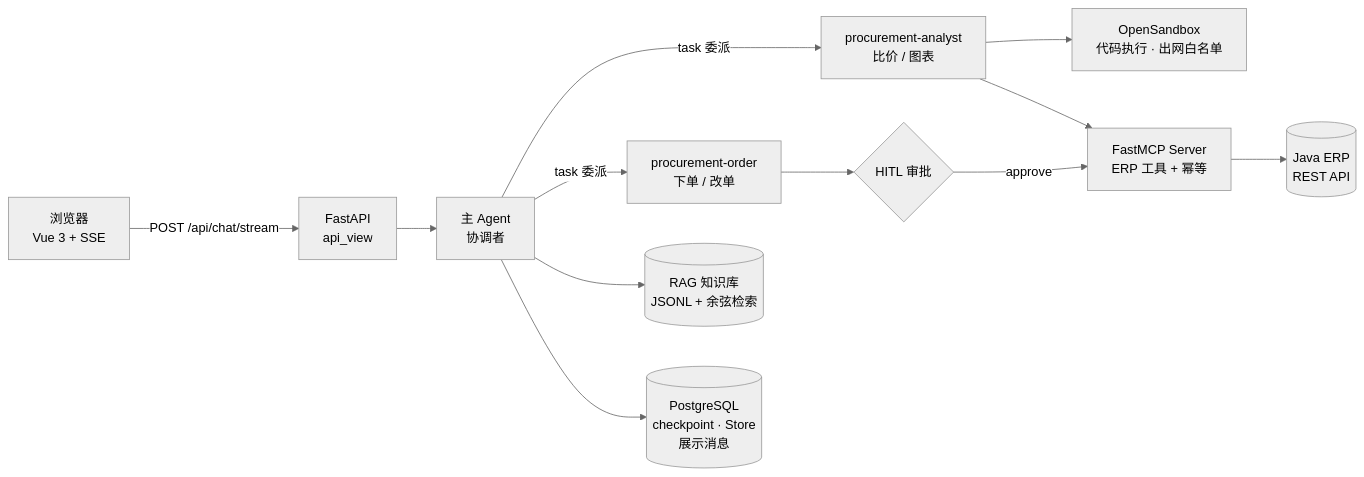
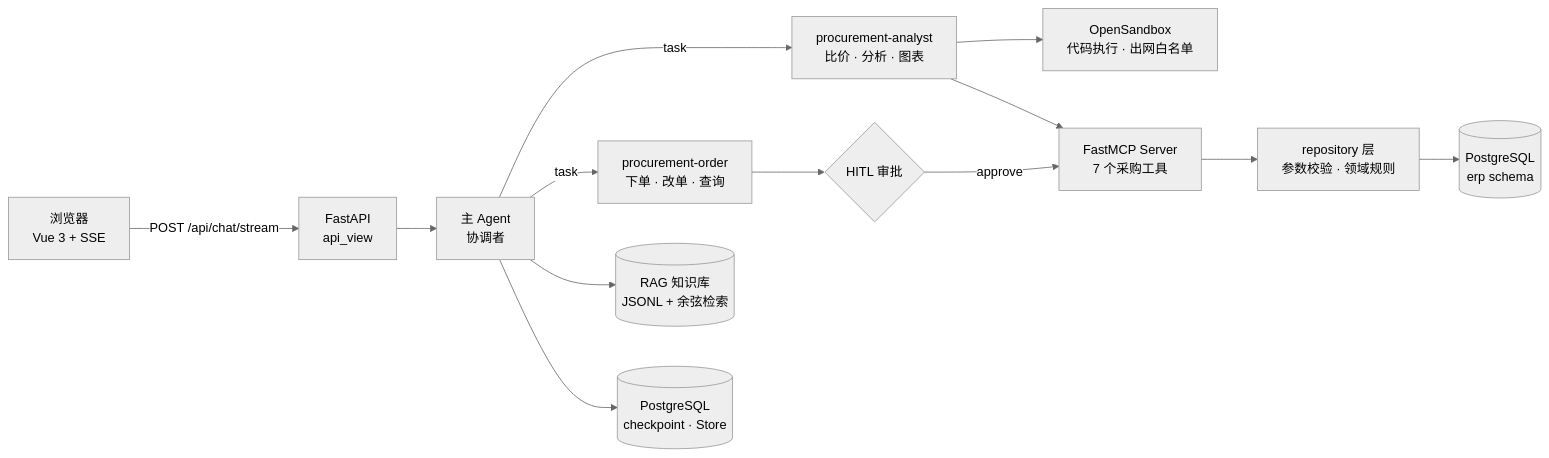
The diagram in README.md (1Nondai/erp-procurement-agent), drawn with Mermaid (neutral theme) before and after one commit. The commit also changed other lines of this file and 7 other files, not shown here.

````diff
--- a/README.md
+++ b/README.md
@@ -49,14 +49,15 @@
 ```mermaid
 flowchart LR
     U[浏览器<br/>Vue 3 + SSE] -->|POST /api/chat/stream| API[FastAPI<br/>api_view]
     API --> A[主 Agent<br/>协调者]
-    A -->|task 委派| S1[procurement-analyst<br/>比价 / 图表]
-    A -->|task 委派| S2[procurement-order<br/>下单 / 改单]
+    A -->|task| S1[procurement-analyst<br/>比价 · 分析 · 图表]
+    A -->|task| S2[procurement-order<br/>下单 · 改单 · 查询]
     S1 --> SB[OpenSandbox<br/>代码执行 · 出网白名单]
     S2 --> HITL{HITL 审批}
     HITL -->|approve| MCP
-    S1 --> MCP[FastMCP Server<br/>ERP 工具 + 幂等]
-    MCP --> ERP[(Java ERP<br/>REST API)]
+    S1 --> MCP[FastMCP Server<br/>7 个采购工具]
+    MCP --> REPO[repository 层<br/>参数校验 · 领域规则]
+    REPO --> PG[(PostgreSQL<br/>erp schema)]
     A --> RAG[(RAG 知识库<br/>JSONL + 余弦检索)]
-    A --> PG[(PostgreSQL<br/>checkpoint · Store<br/>展示消息)]
+    A --> CKPT[(PostgreSQL<br/>checkpoint · Store)]
 ```
````
